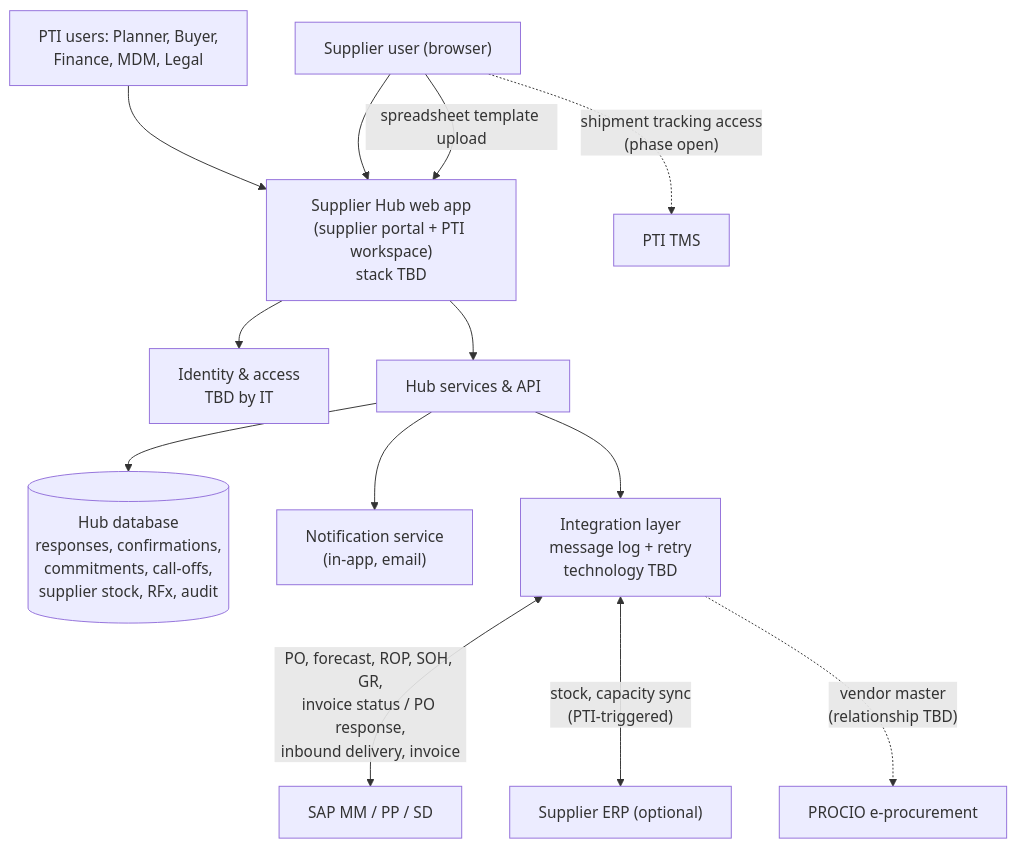
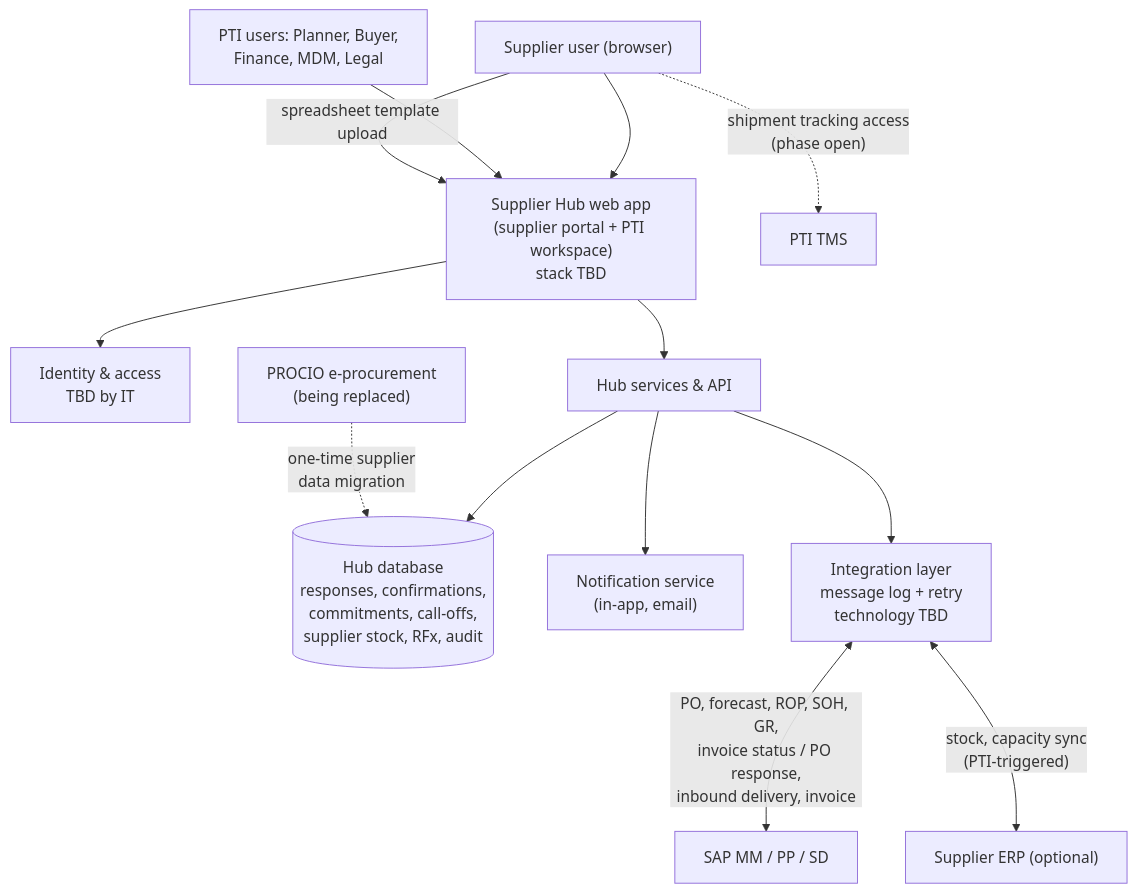
One commit to javal999/paragon-supplier-portal changed the first of 2 diagrams in docs/supplier-hub/SUPPLIER-HUB-PRD.md. Above: the diagram before and after it, drawn with Mermaid. The commit also changed other lines of this file and 2 other files, not shown here.

First line of the commit message:
docs: apply PROCIO replacement, deferred replenishment, and risk answers

````diff
--- a/docs/supplier-hub/SUPPLIER-HUB-PRD.md
+++ b/docs/supplier-hub/SUPPLIER-HUB-PRD.md
@@ -360,15 +361,15 @@
 ```mermaid
 flowchart TD
     SUP["Supplier user (browser)"] --> WEB["Supplier Hub web app<br/>(supplier portal + PTI workspace)<br/>stack TBD"]
     PTI["PTI users: Planner, Buyer,<br/>Finance, MDM, Legal"] --> WEB
     WEB --> IAM["Identity & access<br/>TBD by IT"]
     WEB --> API["Hub services & API"]
     API --> DB[("Hub database<br/>responses, confirmations,<br/>commitments, call-offs,<br/>supplier stock, RFx, audit")]
     API --> NOTIF["Notification service<br/>(in-app, email)"]
     API --> INT["Integration layer<br/>message log + retry<br/>technology TBD"]
     INT <-->|"PO, forecast, ROP, SOH, GR,<br/>invoice status / PO response,<br/>inbound delivery, invoice"| SAP["SAP MM / PP / SD"]
     INT <-->|"stock, capacity sync<br/>(PTI-triggered)"| SERP["Supplier ERP (optional)"]
     SUP -->|"spreadsheet template upload"| WEB
     SUP -.->|"shipment tracking access<br/>(phase open)"| TMS["PTI TMS"]
-    INT -.->|"vendor master<br/>(relationship TBD)"| PROCIO["PROCIO e-procurement"]
+    PROCIO["PROCIO e-procurement<br/>(being replaced)"] -.->|"one-time supplier<br/>data migration"| DB
 ```
````
